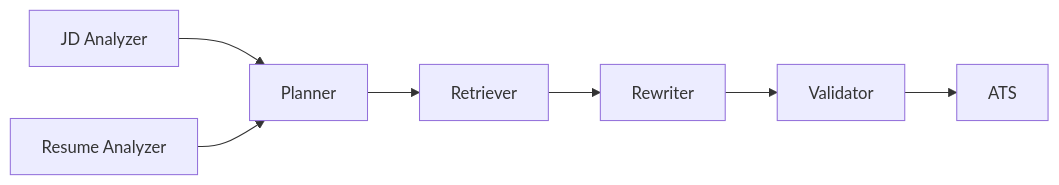
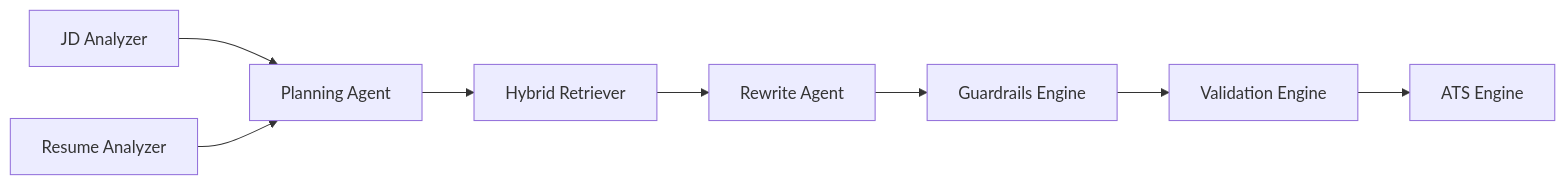
The diagram in docs/Diagrams/04-Agent-Workflow.mmd (rsinghcodes/Tailr), drawn with Mermaid before and after one commit. The commit also changed 35 other files, not shown here.

Commit message:
updated documentation and diagram with guardrail

```diff
--- a/docs/Diagrams/04-Agent-Workflow.mmd
+++ b/docs/Diagrams/04-Agent-Workflow.mmd
@@ -1,27 +1,31 @@
 flowchart LR
 
 JD[JD Analyzer]
 
 Resume[Resume Analyzer]
 
-Planner[Planner]
+Planner[Planning Agent]
 
-Retriever[Retriever]
+Retriever[Hybrid Retriever]
 
-Rewrite[Rewriter]
+Rewrite[Rewrite Agent]
 
-Validate[Validator]
+Guardrails[Guardrails Engine]
 
-ATS[ATS]
+Validate[Validation Engine]
+
+ATS[ATS Engine]
 
 JD --> Planner
 
 Resume --> Planner
 
 Planner --> Retriever
 
 Retriever --> Rewrite
 
-Rewrite --> Validate
+Rewrite --> Guardrails
+
+Guardrails --> Validate
 
 Validate --> ATS
```
